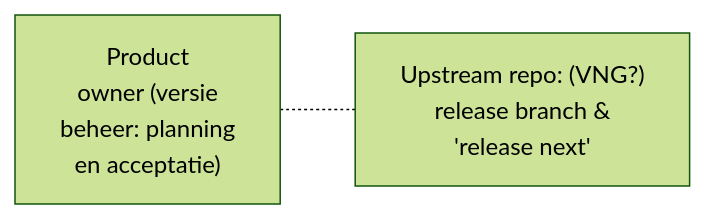
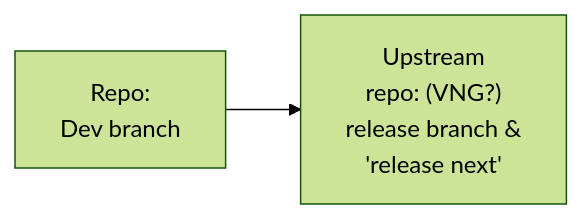
The second of 9 diagrams in docs/verslag-ecosysteem-en-rollen.md (open-zaak/samenwerken), drawn with Mermaid (forest theme) before and after one commit. The commit also changed other lines of this file, not shown here.

````diff
--- a/docs/verslag-ecosysteem-en-rollen.md
+++ b/docs/verslag-ecosysteem-en-rollen.md
@@ -93,9 +90,9 @@
 ```mermaid
 graph LR
     %% Nodes
-    Upstream["Upstream repo: (VNG?)<br/>release branch &<br/>'release next'"]
-    PO["Product<br/>owner (versie<br/>beheer: planning<br/>en acceptatie)"]
+    Dev1["Repo:<br/>Dev branch"]
+    Upstream["Upstream<br/>repo: (VNG?)<br/>release branch &<br/>'release next'"]
 
     %% Connections
-    PO -.- Upstream
+    Dev1 --> Upstream
 ```
````
